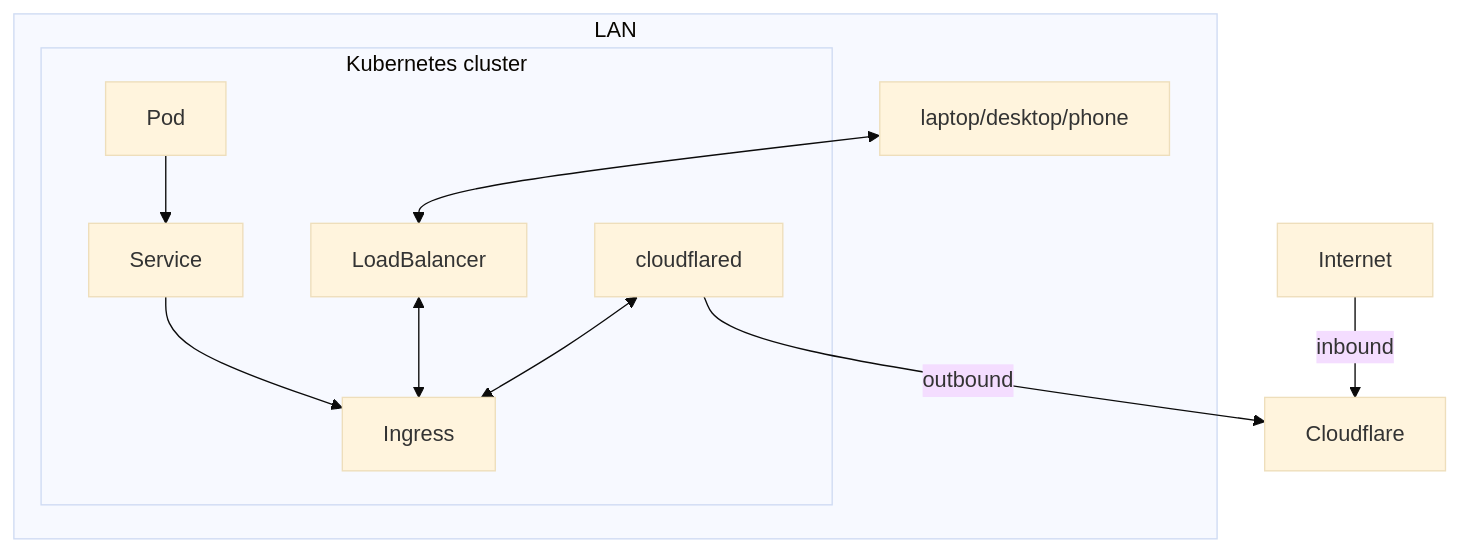
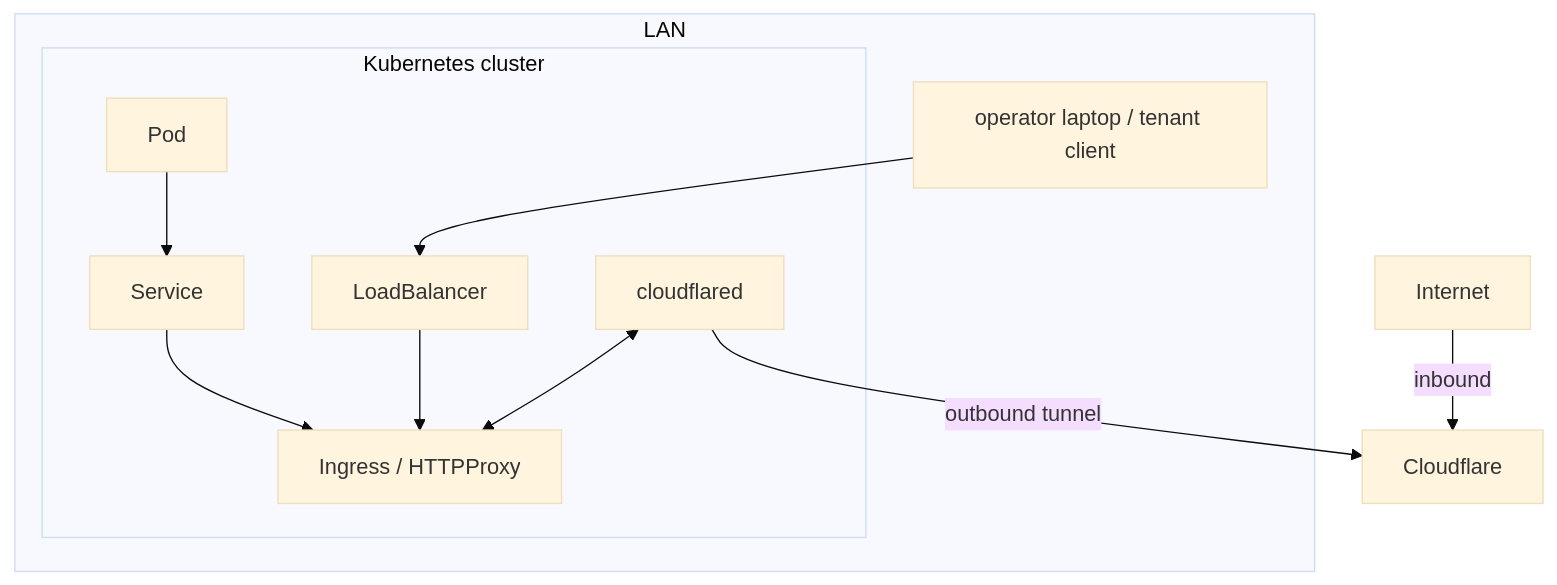
Before and after one commit to ubiquitycluster/ubiquity: the diagram in docs/architecture/networking.md, drawn with Mermaid (base theme). The commit also changed other lines of this file and 1 other file, not shown here.

Commit message:
docs: complete networking readiness architecture

````diff
--- a/docs/architecture/networking.md
+++ b/docs/architecture/networking.md
@@ -5,19 +5,14 @@
 ```mermaid
 flowchart TD
   subgraph LAN
-    laptop/desktop/phone <--> LoadBalancer
+    client[operator laptop / tenant client] --> lb[LoadBalancer]
     subgraph k8s[Kubernetes cluster]
-      Pod --> Service
-      Service --> Ingress
-
-      LoadBalancer
-
-      cloudflared
-      cloudflared <--> Ingress
+      pod[Pod] --> svc[Service]
+      svc --> ing[Ingress / HTTPProxy]
+      lb --> ing
+      cf[cloudflared] <--> ing
     end
-    LoadBalancer <--> Ingress
   end
-
-  cloudflared -- outbound --> Cloudflare
-  Internet -- inbound --> Cloudflare
+  cf -- outbound tunnel --> cloudflare[Cloudflare]
+  internet[Internet] -- inbound --> cloudflare
 ```
````
